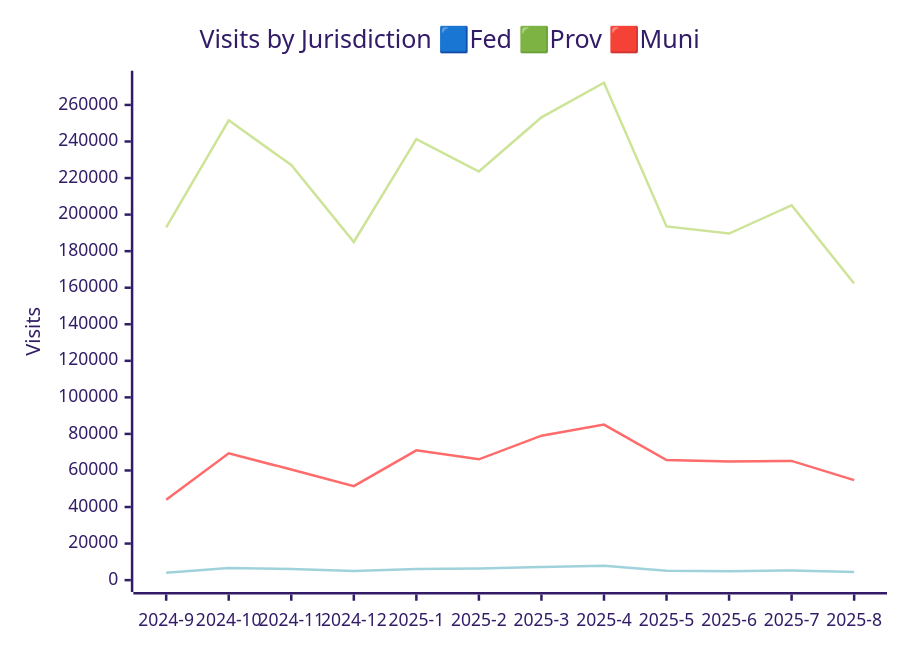
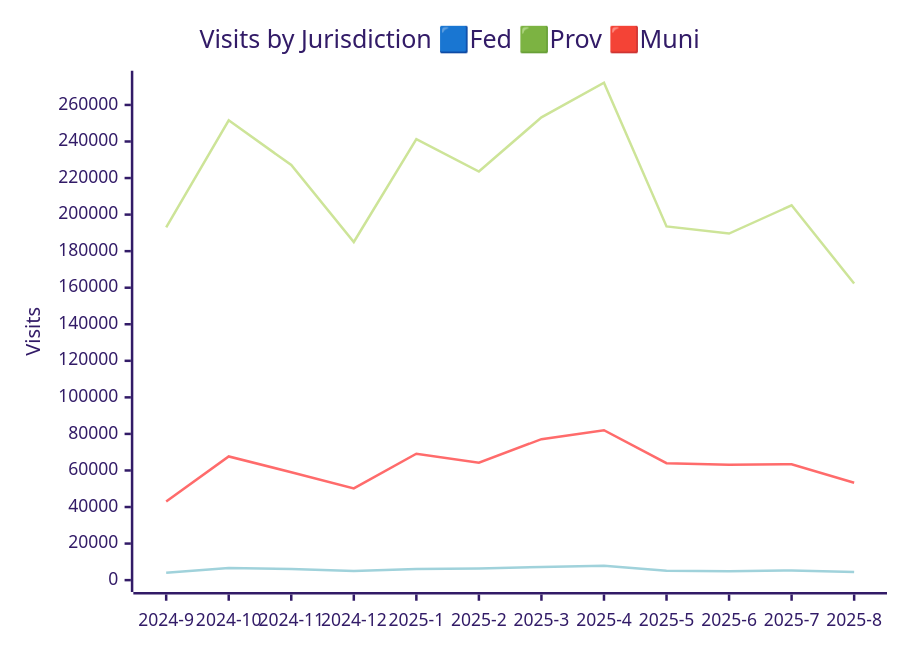
Before and after one commit to PatLittle/analytics-corporate-reporting: the second of 3 diagrams in JURISDICTION_ANALYTICS_REPORT/readme.md, drawn with Mermaid (forest theme). The commit also changed other lines of this file and 3 other files, not shown here.

````diff
--- a/JURISDICTION_ANALYTICS_REPORT/readme.md
+++ b/JURISDICTION_ANALYTICS_REPORT/readme.md
@@ -17,10 +17,10 @@
 ```mermaid
 
 xychart-beta
     title "Visits by Jurisdiction 🟦Fed 🟩Prov 🟥Muni"
     x-axis [2024-9, 2024-10, 2024-11, 2024-12, 2025-1, 2025-2, 2025-3, 2025-4, 2025-5, 2025-6, 2025-7, 2025-8]
     y-axis "Visits" 0 --> 272212
     line [192949, 251571, 227132, 185011, 241284, 223568, 253217, 272202, 193513, 189639, 205080, 162267]
-    line [43933, 69359, 60503, 51440, 70988, 66088, 79028, 85126, 65681, 64844, 65226, 54721]
+    line [42974, 67656, 59040, 50196, 69189, 64278, 77127, 82022, 63962, 63168, 63399, 53264]
     line [4035, 6661, 6086, 4983, 6050, 6321, 7156, 7832, 5146, 4804, 5324, 4438]
 ```
````
